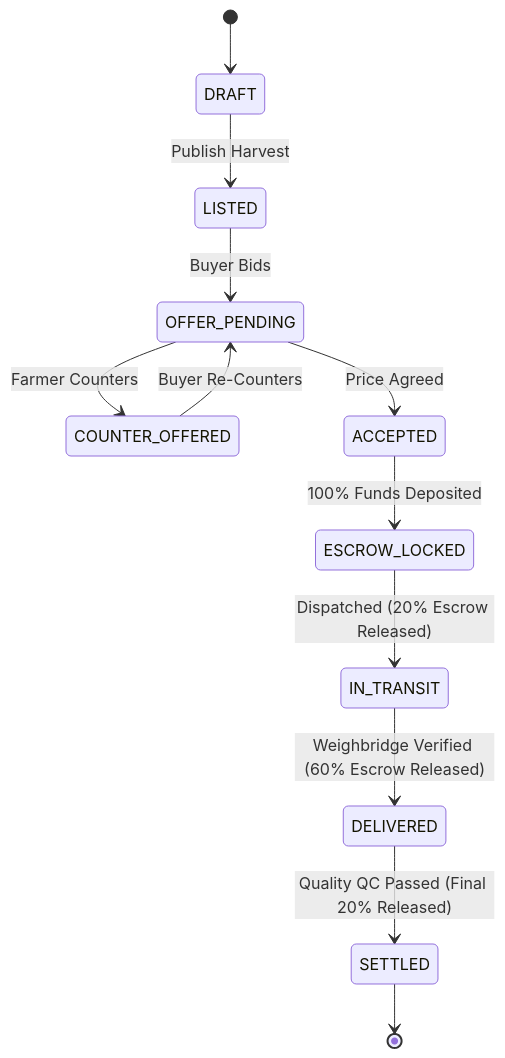
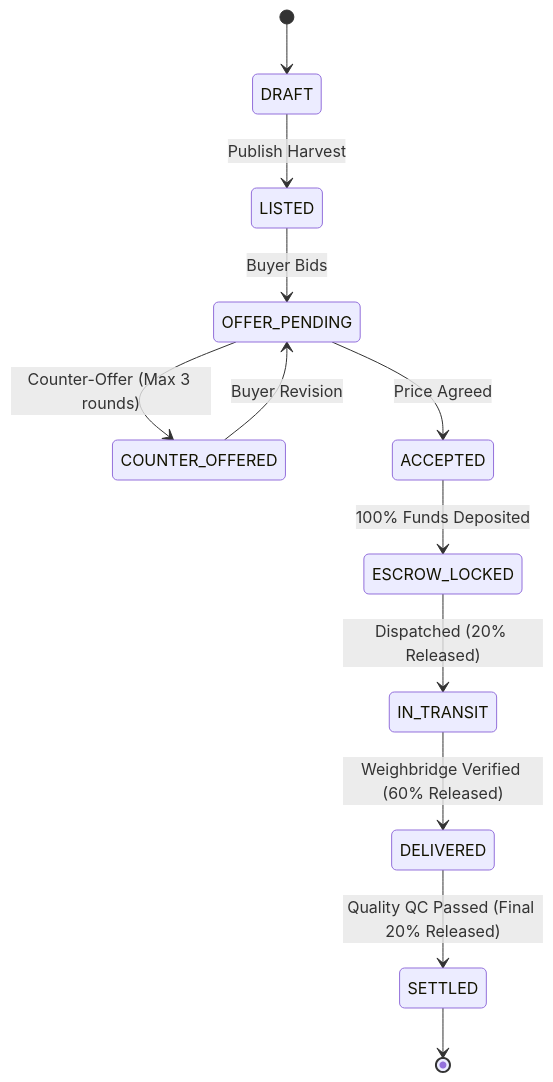
One commit to HackOpsIndia/KrishiSetu changed the diagram in docs/members/jatin-joshi/README.md. Above: the diagram before and after it, drawn with Mermaid. The commit also changed other lines of this file and 24 other files, not shown here.

````diff
--- a/docs/members/jatin-joshi/README.md
+++ b/docs/members/jatin-joshi/README.md
@@ -146,14 +24,14 @@
 ```mermaid
 stateDiagram-v2
     [*] --> DRAFT
     DRAFT --> LISTED: Publish Harvest
     LISTED --> OFFER_PENDING: Buyer Bids
-    OFFER_PENDING --> COUNTER_OFFERED: Farmer Counters
-    COUNTER_OFFERED --> OFFER_PENDING: Buyer Re-Counters
+    OFFER_PENDING --> COUNTER_OFFERED: Counter-Offer (Max 3 rounds)
+    COUNTER_OFFERED --> OFFER_PENDING: Buyer Revision
     OFFER_PENDING --> ACCEPTED: Price Agreed
     ACCEPTED --> ESCROW_LOCKED: 100% Funds Deposited
-    ESCROW_LOCKED --> IN_TRANSIT: Dispatched (20% Escrow Released)
-    IN_TRANSIT --> DELIVERED: Weighbridge Verified (60% Escrow Released)
+    ESCROW_LOCKED --> IN_TRANSIT: Dispatched (20% Released)
+    IN_TRANSIT --> DELIVERED: Weighbridge Verified (60% Released)
     DELIVERED --> SETTLED: Quality QC Passed (Final 20% Released)
     SETTLED --> [*]
 ```
````
